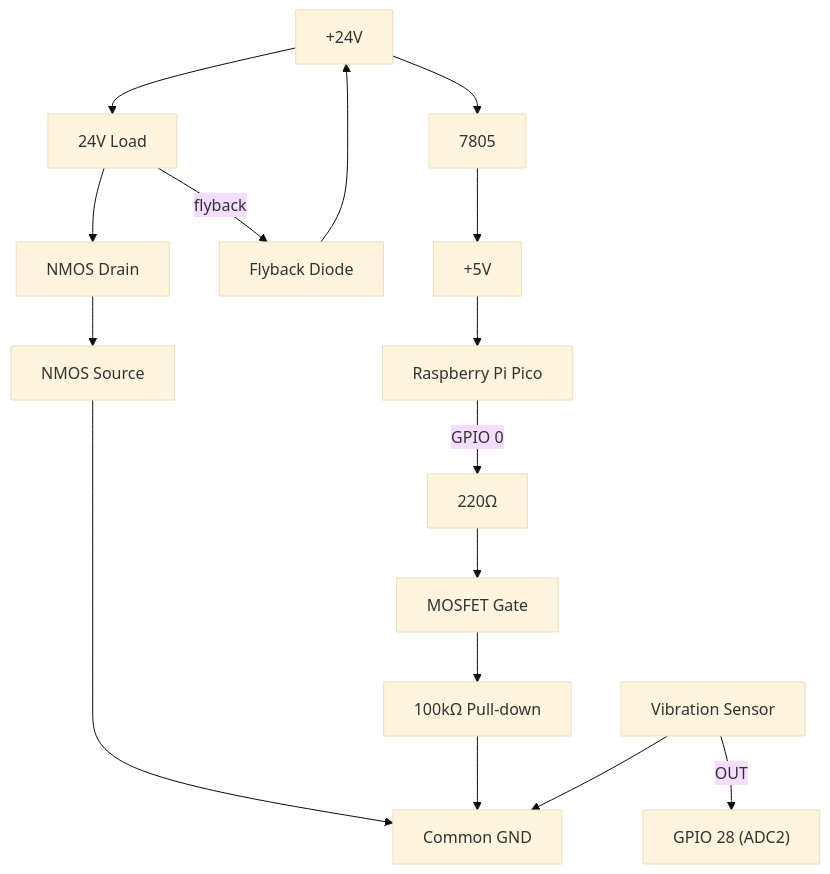
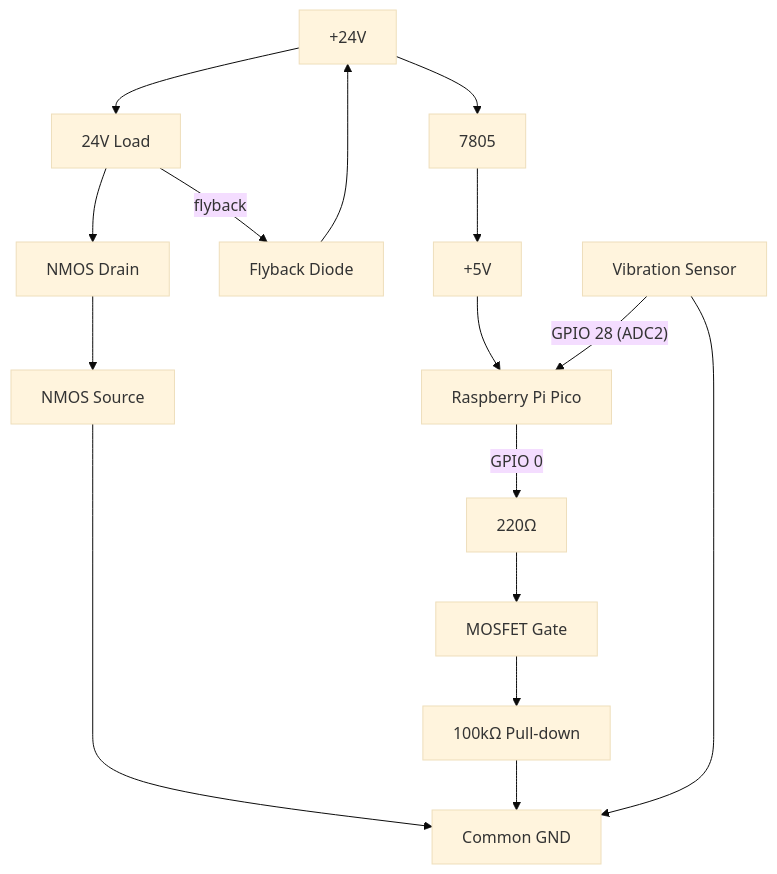
Before and after one commit to joaorsmatos02/cymbalamp: the diagram in README.md, drawn with Mermaid (base theme).

Commit message:
Update Vibration Sensor connection in README

````diff
--- a/README.md
+++ b/README.md
@@ -91,22 +91,22 @@
 ```mermaid
 flowchart TB
     V24["+24V"] --> LOAD["24V Load"]
     LOAD --> D["NMOS Drain"]
     D --> S["NMOS Source"]
     S --> GND["Common GND"]
 
     LOAD -->|flyback| DIODE["Flyback Diode"]
     DIODE --> V24
 
     V24 --> REG["7805"]
     REG --> V5["+5V"]
 
     V5 --> PICO["Raspberry Pi Pico"]
     PICO -->|GPIO 0| R1["220Ω"]
     R1 --> GATE["MOSFET Gate"]
     GATE --> RPD["100kΩ Pull-down"]
     RPD --> GND
 
-    SENSOR["Vibration Sensor"] -->|OUT| ADC["GPIO 28 (ADC2)"]
+    SENSOR["Vibration Sensor"] -->|"GPIO 28 (ADC2)"| PICO
     SENSOR --> GND
 ```
````
